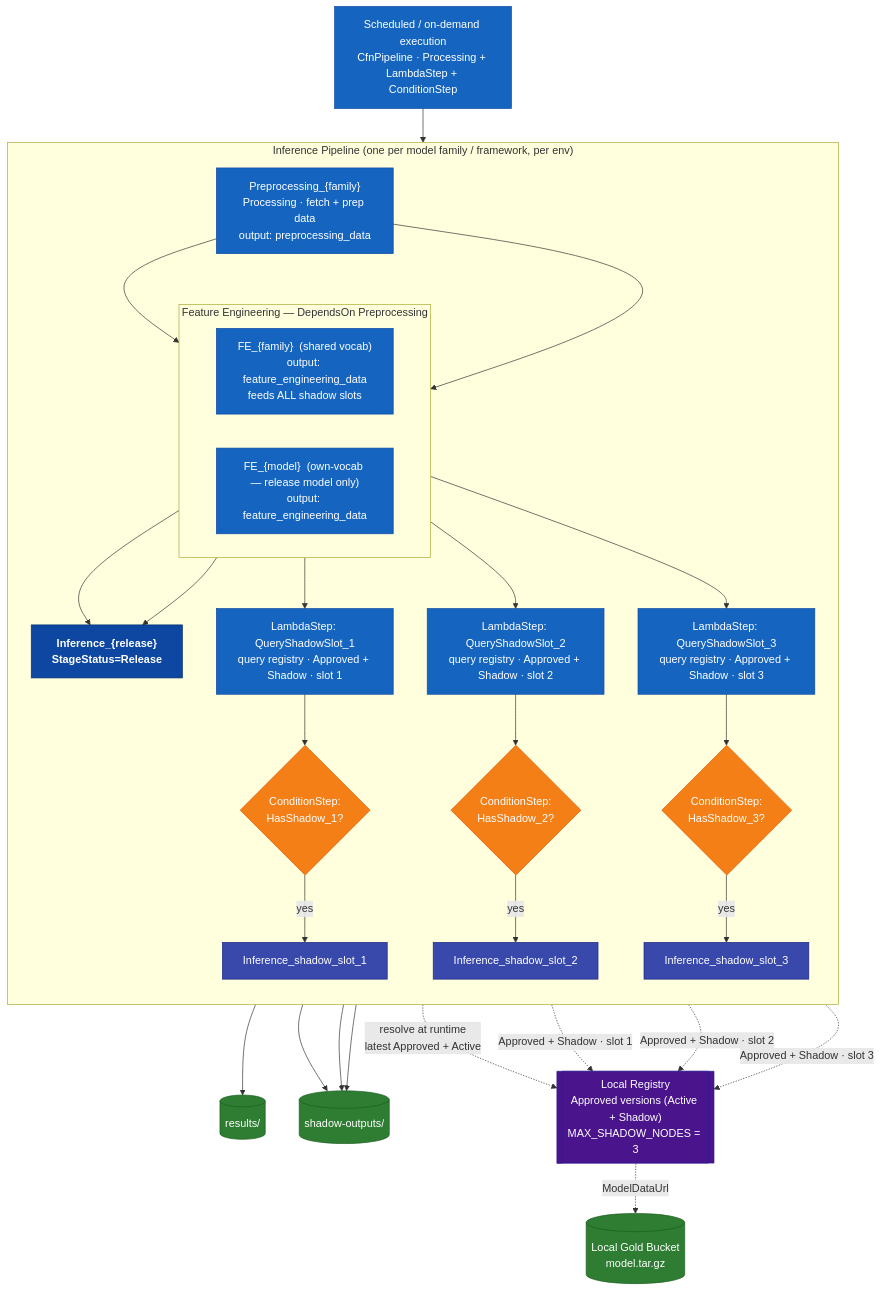
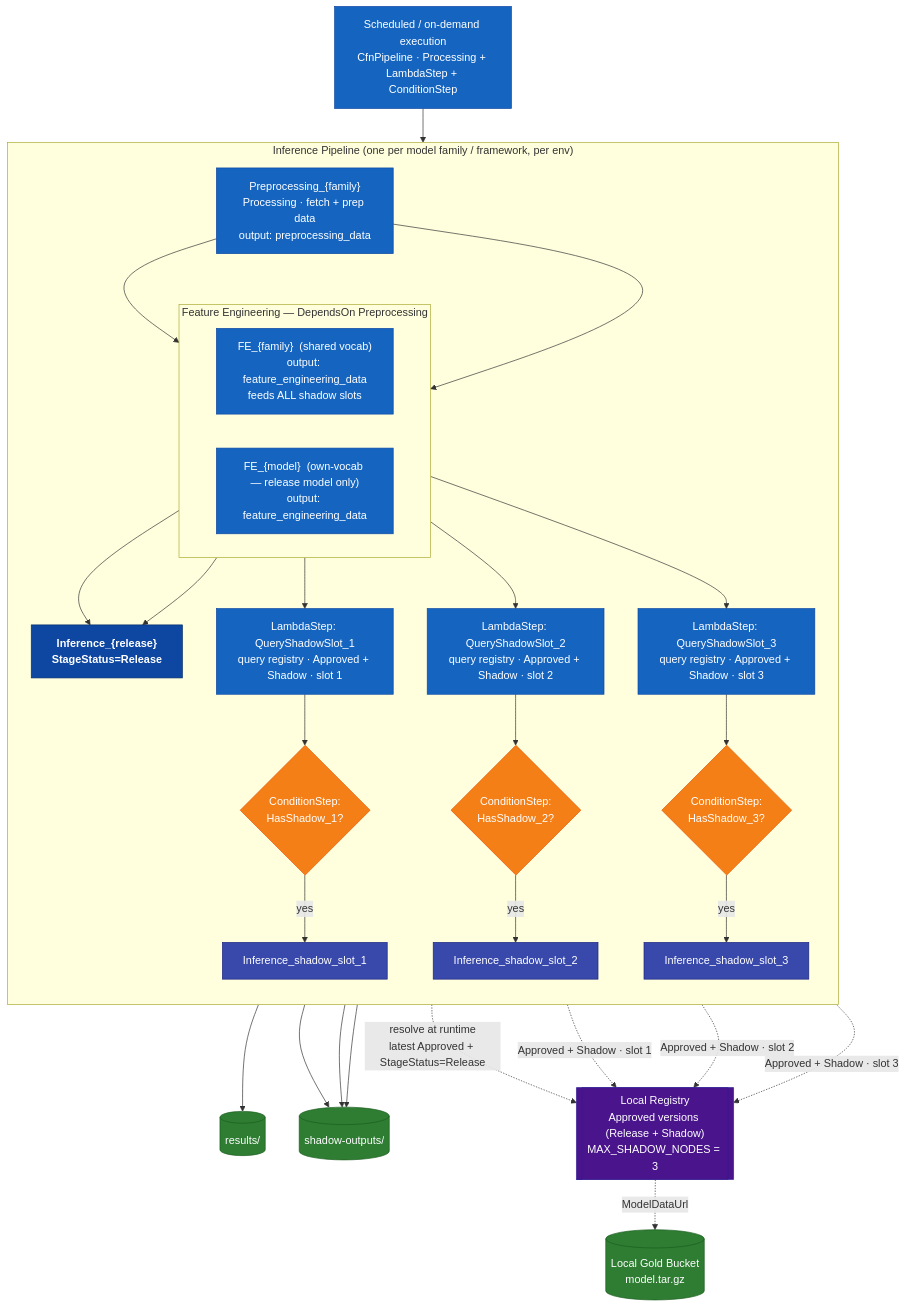
Before and after one commit to schilker/public: the sixth of 6 diagrams in test.md, drawn with Mermaid. The commit also changed other lines of this file, not shown here.

````diff
--- a/test.md
+++ b/test.md
@@ -474,75 +476,75 @@
 ```mermaid
 flowchart TD
     classDef auto  fill:#1565c0,stroke:#0d47a1,color:#fff
     classDef store fill:#2e7d32,stroke:#1b5e20,color:#fff
     classDef reg   fill:#4a148c,stroke:#311b92,color:#fff
     classDef prim  fill:#0d47a1,stroke:#08306b,color:#fff,font-weight:bold
     classDef shad  fill:#3949ab,stroke:#1a237e,color:#fff
     classDef cond  fill:#f57f17,stroke:#e65100,color:#fff
 
     SCHED["Scheduled / on-demand execution\nCfnPipeline · Processing + LambdaStep + ConditionStep"]
 
     subgraph PIPE["Inference Pipeline (one per model family / framework, per env)"]
         direction TB
 
         PP["Preprocessing_{family}\nProcessing · fetch + prep data\noutput: preprocessing_data"]
 
         subgraph FELAYER["Feature Engineering — DependsOn Preprocessing"]
             direction LR
             FES["FE_{family}  (shared vocab)\noutput: feature_engineering_data\nfeeds ALL shadow slots"]
             FEO["FE_{model}  (own-vocab — release model only)\noutput: feature_engineering_data"]
         end
 
         IP["Inference_{release}\nStageStatus=Release"]
 
         QL1["LambdaStep: QueryShadowSlot_1\nquery registry · Approved + Shadow · slot 1"]
         CD1{"ConditionStep:\nHasShadow_1?"}
         IS1["Inference_shadow_slot_1"]
 
         QL2["LambdaStep: QueryShadowSlot_2\nquery registry · Approved + Shadow · slot 2"]
         CD2{"ConditionStep:\nHasShadow_2?"}
         IS2["Inference_shadow_slot_2"]
 
         QL3["LambdaStep: QueryShadowSlot_3\nquery registry · Approved + Shadow · slot 3"]
         CD3{"ConditionStep:\nHasShadow_3?"}
         IS3["Inference_shadow_slot_3"]
 
         PP --> FES
         PP --> FEO
         FEO --> IP
         FES --> IP
         FES --> QL1
         QL1 --> CD1
         CD1 -->|"yes"| IS1
         FES --> QL2
         QL2 --> CD2
         CD2 -->|"yes"| IS2
         FES --> QL3
         QL3 --> CD3
         CD3 -->|"yes"| IS3
     end
 
     RESULTS[("results/")]
     SHADOUT[("shadow-outputs/")]
-    LOCALREG[["Local Registry\nApproved versions (Active + Shadow)\nMAX_SHADOW_NODES = 3"]]
+    LOCALREG[["Local Registry\nApproved versions (Release + Shadow)\nMAX_SHADOW_NODES = 3"]]
     LOCALGOLD[("Local Gold Bucket\nmodel.tar.gz")]
 
     SCHED --> PP
     IP --> RESULTS
     IS1 --> SHADOUT
     IS2 --> SHADOUT
     IS3 --> SHADOUT
 
-    IP -. "resolve at runtime\nlatest Approved + Active" .-> LOCALREG
+    IP -. "resolve at runtime\nlatest Approved + StageStatus=Release" .-> LOCALREG
     QL1 -. "Approved + Shadow · slot 1" .-> LOCALREG
     QL2 -. "Approved + Shadow · slot 2" .-> LOCALREG
     QL3 -. "Approved + Shadow · slot 3" .-> LOCALREG
     LOCALREG -. "ModelDataUrl" .-> LOCALGOLD
 
     class SCHED,PP,FES,FEO,QL1,QL2,QL3 auto
     class IP prim
     class IS1,IS2,IS3 shad
     class CD1,CD2,CD3 cond
     class RESULTS,SHADOUT,LOCALGOLD store
     class LOCALREG reg
 ```
````
